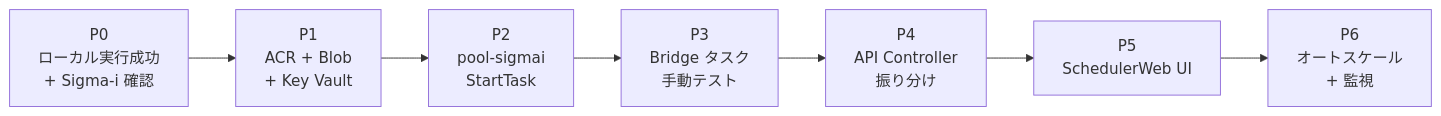
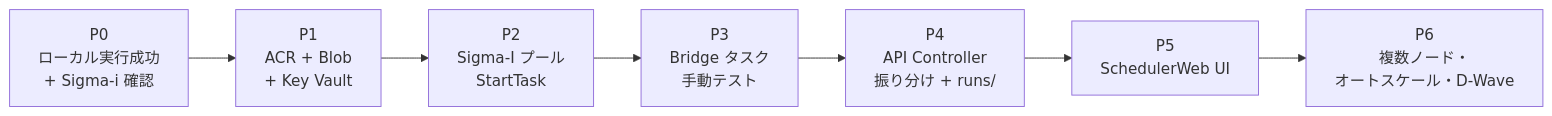
One commit to WhiTeXCharGe/TF_Testing changed diagram 12 of 12 in SigmaI/SigmaI_Azure_ImplementationPlan20261013(JP).md. Above: the diagram before and after it, drawn with Mermaid. The commit also changed other lines of this file and 2 other files, not shown here.

Commit message:
update implementation plan for sigmaAI

````diff
--- a/SigmaI/SigmaI_Azure_ImplementationPlan20261013(JP).md
+++ b/SigmaI/SigmaI_Azure_ImplementationPlan20261013(JP).md
@@ -251,4 +435,4 @@
 ```mermaid
 flowchart LR
-    P0["P0<br/>ローカル実行成功<br/>+ Sigma-i 確認"] --> P1["P1<br/>ACR + Blob<br/>+ Key Vault"] --> P2["P2<br/>pool-sigmai<br/>StartTask"] --> P3["P3<br/>Bridge タスク<br/>手動テスト"] --> P4["P4<br/>API Controller<br/>振り分け"] --> P5["P5<br/>SchedulerWeb UI"] --> P6["P6<br/>オートスケール<br/>+ 監視"]
+    P0["P0<br/>ローカル実行成功<br/>+ Sigma-i 確認"] --> P1["P1<br/>ACR + Blob<br/>+ Key Vault"] --> P2["P2<br/>Sigma-I プール<br/>StartTask"] --> P3["P3<br/>Bridge タスク<br/>手動テスト"] --> P4["P4<br/>API Controller<br/>振り分け + runs/"] --> P5["P5<br/>SchedulerWeb UI"] --> P6["P6<br/>複数ノード・<br/>オートスケール・D-Wave"]
 ```
````
